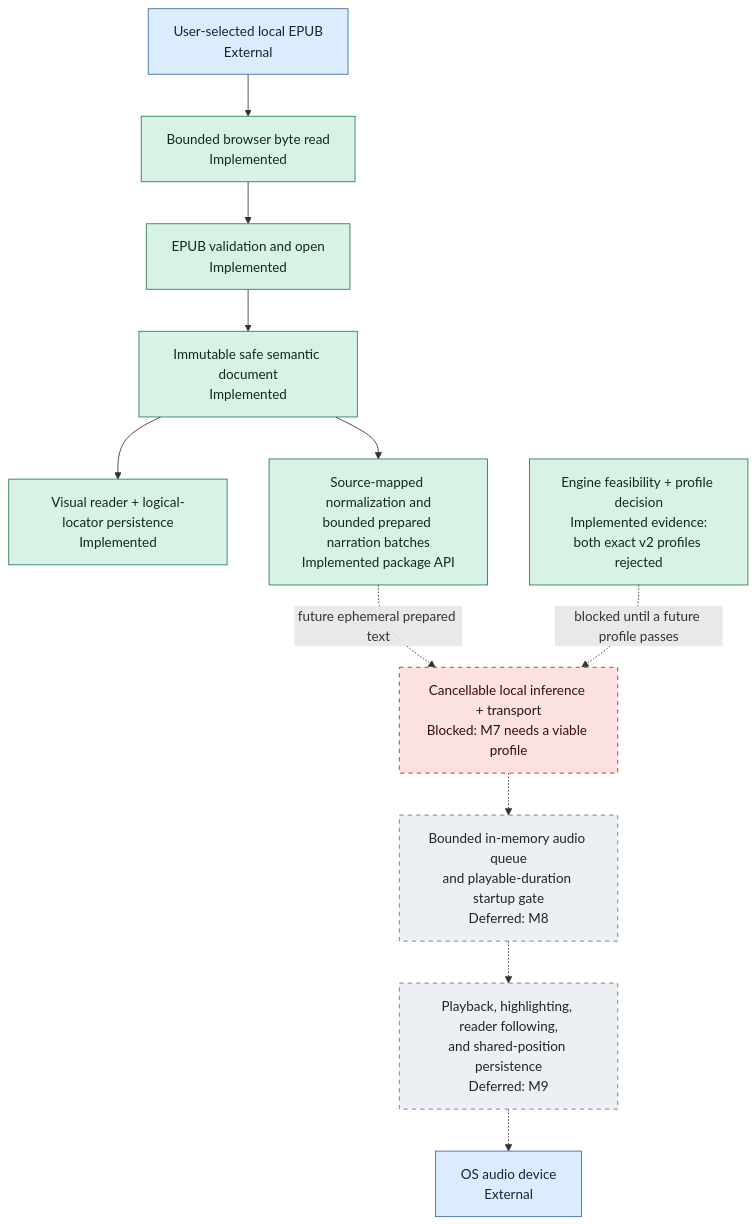
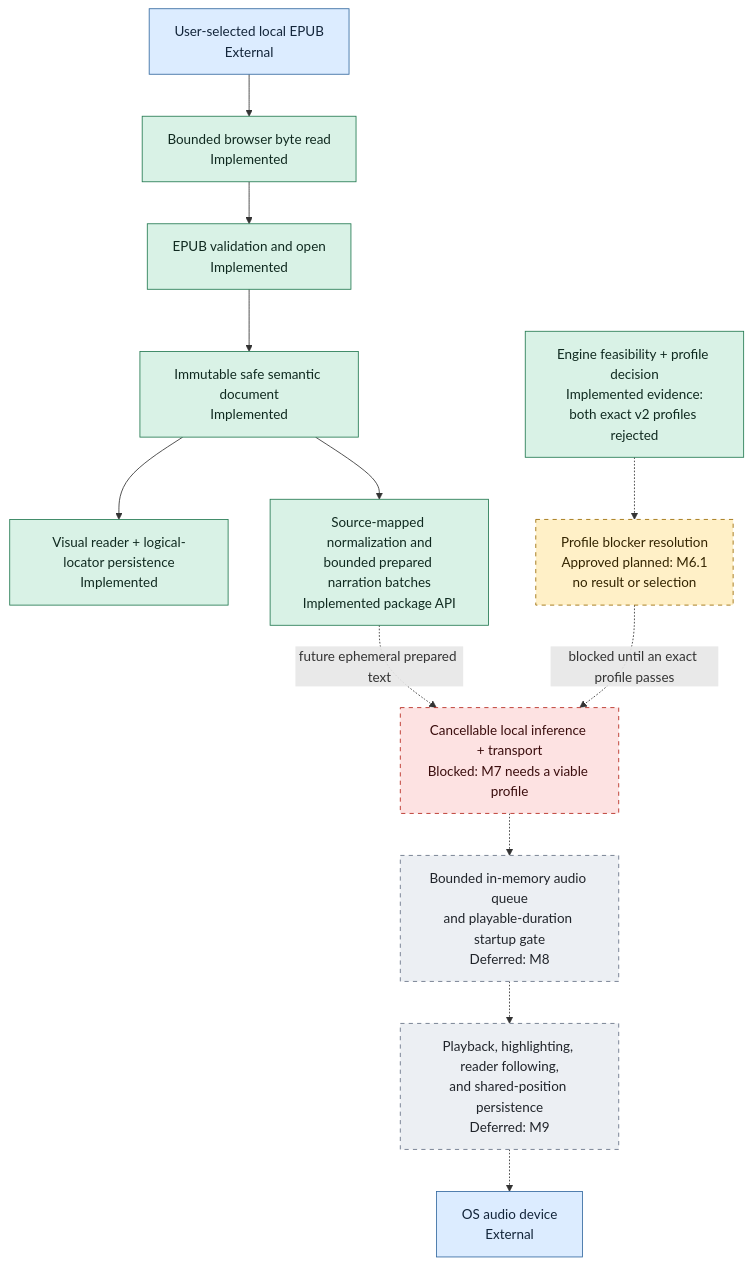
One commit to mmjosedaniel/voxleaf changed the second of 2 diagrams in docs/architecture/system-diagram.md. Above: the diagram before and after it, drawn with Mermaid. The commit also changed other lines of this file and 12 other files, not shown here.

Commit message:
docs(tts): plan profile blocker resolution

````diff
--- a/docs/architecture/system-diagram.md
+++ b/docs/architecture/system-diagram.md
@@ -100,29 +103,31 @@
 ```mermaid
 flowchart TD
     classDef implemented fill:#d9f2e6,stroke:#247a52,color:#102a20
     classDef progress fill:#dcecff,stroke:#356aa0,color:#13253a,stroke-dasharray: 3 3
     classDef planned fill:#fff0c7,stroke:#9a6b00,color:#332400,stroke-dasharray: 5 5
     classDef blocked fill:#fde2e2,stroke:#b42318,color:#3a0d0d,stroke-dasharray: 5 5
     classDef deferred fill:#eceff3,stroke:#667085,color:#20242a,stroke-dasharray: 5 5
     classDef external fill:#dcecff,stroke:#356aa0,color:#13253a
 
     FILE["User-selected local EPUB<br/>External"]:::external
     READ["Bounded browser byte read<br/>Implemented"]:::implemented
     OPEN["EPUB validation and open<br/>Implemented"]:::implemented
     SAFE["Immutable safe semantic document<br/>Implemented"]:::implemented
     VISUAL["Visual reader + logical-locator persistence<br/>Implemented"]:::implemented
     PREP["Source-mapped normalization and<br/>bounded prepared narration batches<br/>Implemented package API"]:::implemented
     PROFILE["Engine feasibility + profile decision<br/>Implemented evidence:<br/>both exact v2 profiles rejected"]:::implemented
+    NEXT_PROFILE["Profile blocker resolution<br/>Approved planned: M6.1<br/>no result or selection"]:::planned
     INFER["Cancellable local inference + transport<br/>Blocked: M7 needs a viable profile"]:::blocked
     BUFFER["Bounded in-memory audio queue<br/>and playable-duration startup gate<br/>Deferred: M8"]:::deferred
     FOLLOW["Playback, highlighting, reader following,<br/>and shared-position persistence<br/>Deferred: M9"]:::deferred
     DEVICE["OS audio device<br/>External"]:::external
 
     FILE --> READ --> OPEN --> SAFE --> VISUAL
     SAFE --> PREP
     PREP -.->|"future ephemeral prepared text"| INFER
-    PROFILE -.->|"blocked until a future profile passes"| INFER
+    PROFILE -.-> NEXT_PROFILE
+    NEXT_PROFILE -.->|"blocked until an exact profile passes"| INFER
     INFER -.-> BUFFER
     BUFFER -.-> FOLLOW
     FOLLOW -.-> DEVICE
 ```
````
